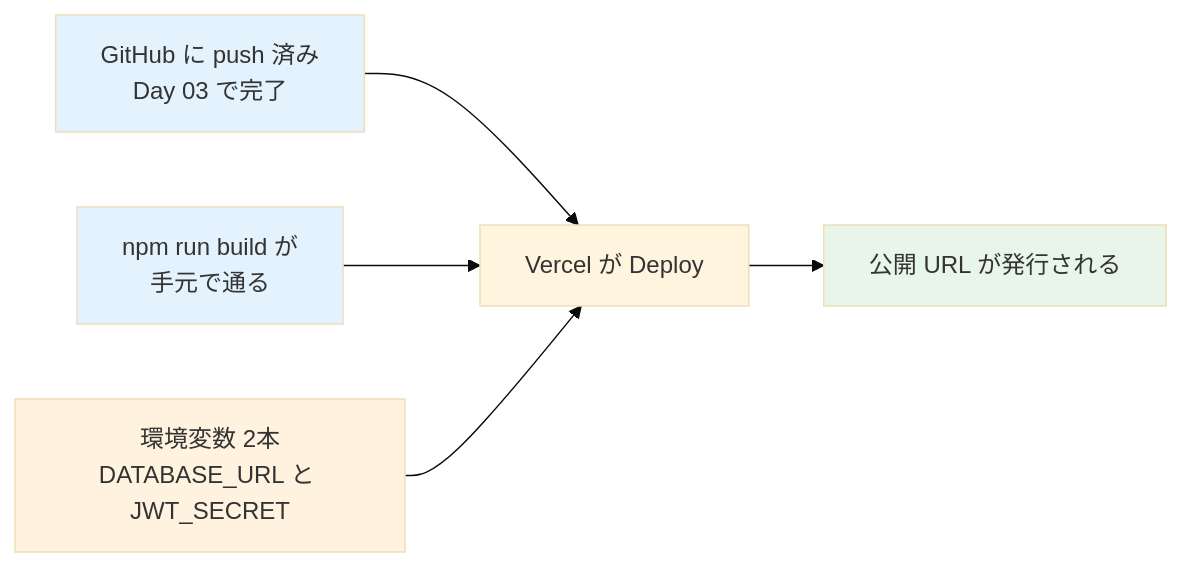
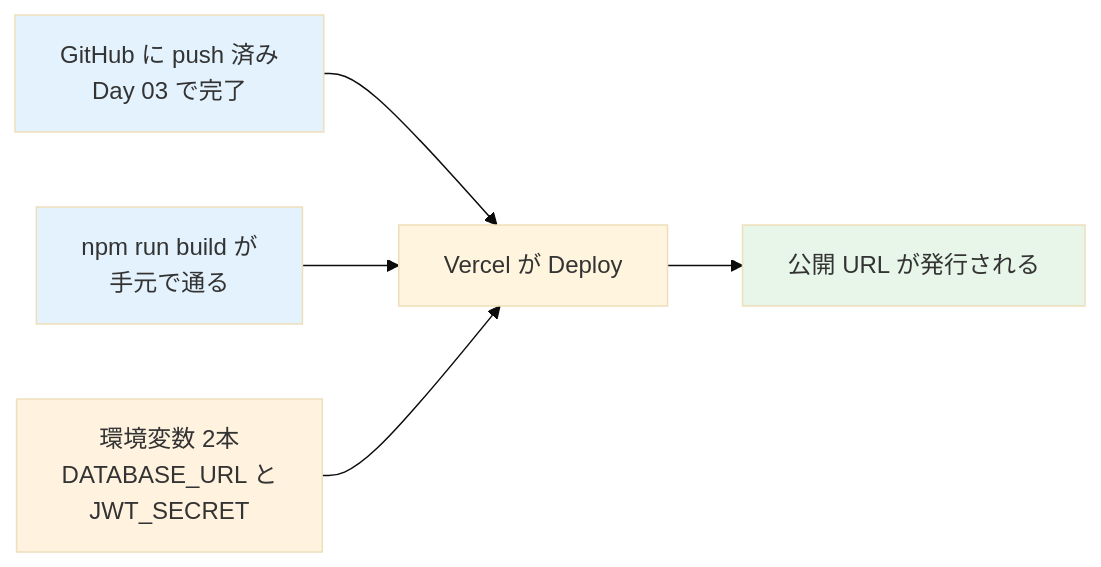
Before and after one commit to kouiso/task-app: the second of 4 diagrams in material/30days-curriculum/day04_ネットに公開.md, drawn with Mermaid (base theme). The commit also changed other lines of this file and 24 other files, not shown here.

First line of the commit message:
fix(material): Mermaid 図のファイル名キャプションとノード途中折れを直す (#457) (#718)

````diff
--- a/material/30days-curriculum/day04_ネットに公開.md
+++ b/material/30days-curriculum/day04_ネットに公開.md
@@ -32,12 +32,12 @@
 ```mermaid
 flowchart LR
     A[GitHub に push 済み<br/>Day 03 で完了] --> D[Vercel が Deploy]
     B[npm run build が<br/>手元で通る] --> D
-    C[環境変数 2本<br/>DATABASE_URL と JWT_SECRET] --> D
+    C[環境変数 2本<br/>DATABASE_URL と<br/>JWT_SECRET] --> D
     D --> E[公開 URL が発行される]
 
     style A fill:#e3f2fd
     style B fill:#e3f2fd
     style C fill:#fff3e0
     style E fill:#e8f5e9
 ```
````
